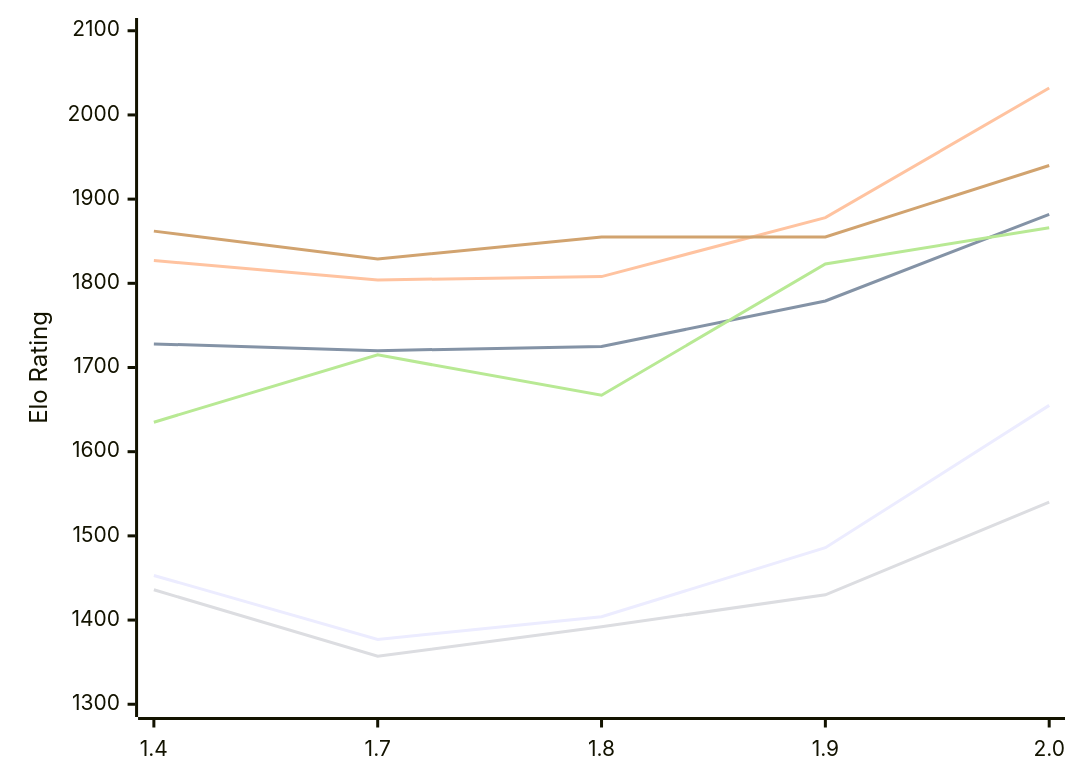
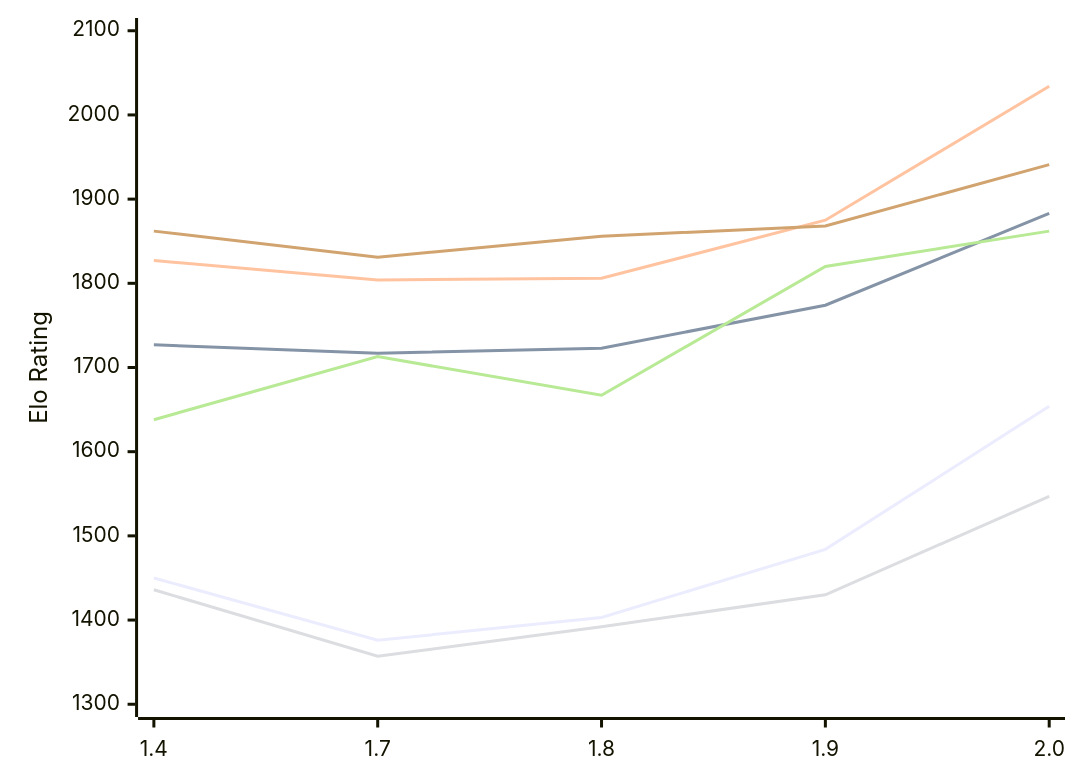
One commit to computer-chess-index/cci changed the diagram in engines/Russell.md. Above: the diagram before and after it, drawn with Mermaid. The commit also changed other lines of this file, not shown here.

Commit message:
Update CCI Ratings (ELO VLTC) - 2026-11-16

````diff
--- a/engines/Russell.md
+++ b/engines/Russell.md
@@ -55,12 +55,12 @@
 ```mermaid
 %%{init: {"theme":"base","themeVariables":{"seriesColors:['#a3a3a3','#222221','#faa371']}}}%%
 xychart-beta
   x-axis ["1.4", "1.7", "1.8", "1.9", "2.0"]
   y-axis "Elo Rating" 1300 --> 2100
-  line "E1: STC (8.0+0.08s)" [1453, 1377, 1404, 1486, 1655]
-  line "E1: LTC (60.0+0.60s)" [1728, 1720, 1725, 1779, 1882]
-  line "E1: VLTC (2m24s+1.12s)" [1827, 1804, 1808, 1878, 2032]
-  line "P1: STC (8.0+0.08s)" [1436, 1357, 1392, 1430, 1540]
-  line "P1: LTC (60.0+0.60s)" [1635, 1715, 1667, 1823, 1866]
-  line "P1: VLTC (2m24s+1.12s)" [1862, 1829, 1855, 1855, 1940]
+  line "E1: STC (8.0+0.08s)" [1450, 1376, 1403, 1484, 1654]
+  line "E1: LTC (60.0+0.60s)" [1727, 1717, 1723, 1774, 1883]
+  line "E1: VLTC (2m24s+1.12s)" [1827, 1804, 1806, 1875, 2034]
+  line "P1: STC (8.0+0.08s)" [1436, 1357, 1392, 1430, 1547]
+  line "P1: LTC (60.0+0.60s)" [1638, 1713, 1667, 1820, 1862]
+  line "P1: VLTC (2m24s+1.12s)" [1862, 1831, 1856, 1868, 1941]
 ```
````
